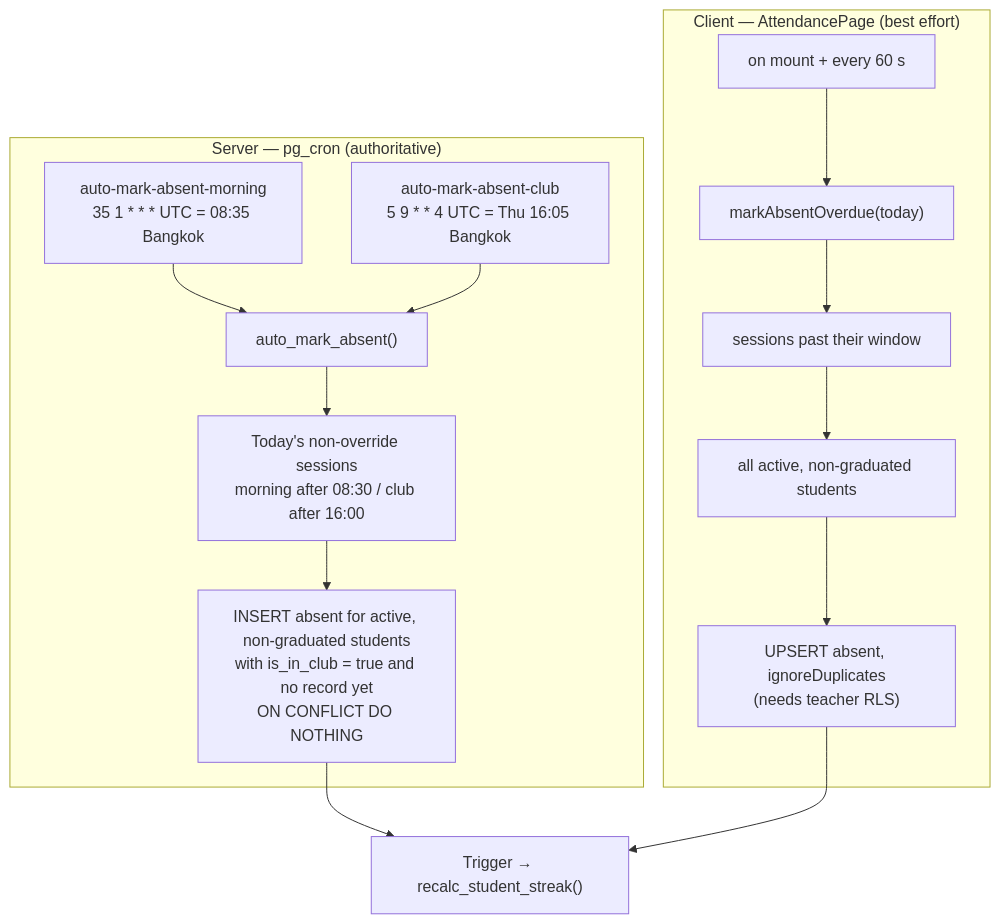
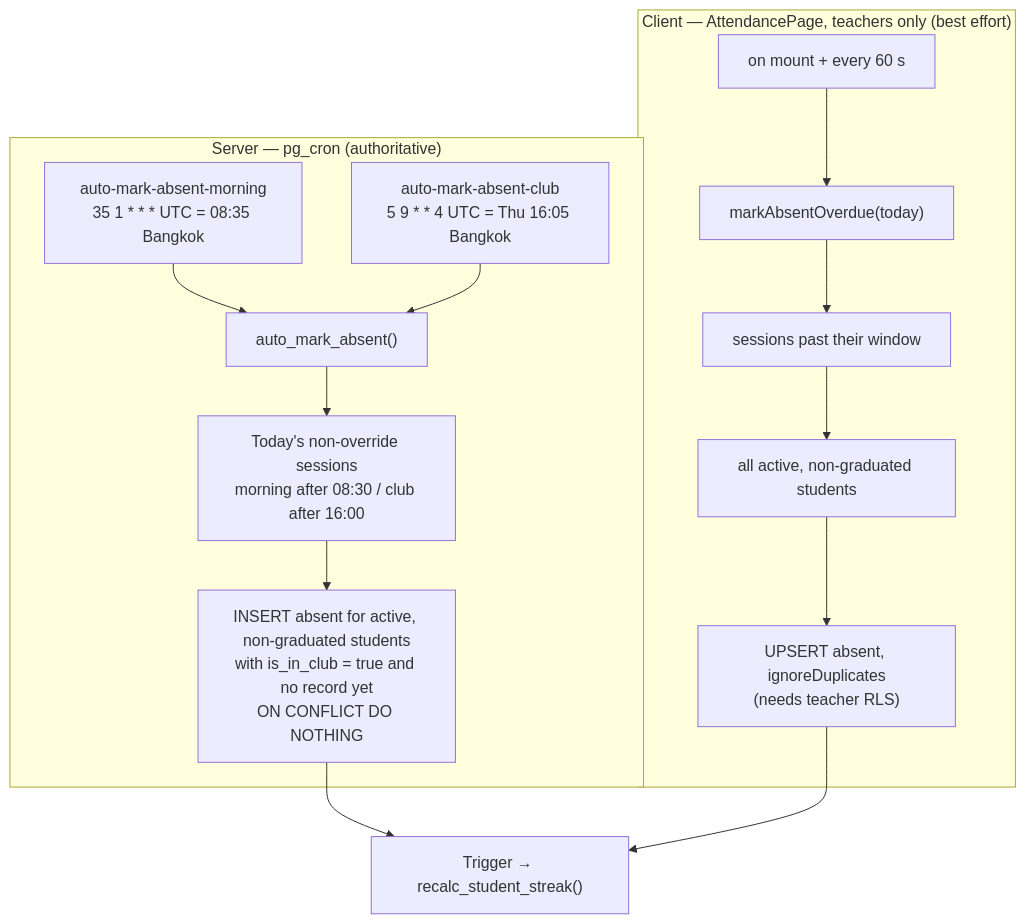
Before and after one commit to wachirawitraksa/marching-band-attendance: the eighth of 15 diagrams in README.md, drawn with Mermaid. The commit also changed other lines of this file and 1 other file, not shown here.

````diff
--- a/README.md
+++ b/README.md
@@ -362,19 +384,19 @@
 ```mermaid
 flowchart TD
     subgraph Server["Server — pg_cron (authoritative)"]
         C1["auto-mark-absent-morning<br/>35 1 * * * UTC = 08:35 Bangkok"] --> F["auto_mark_absent()"]
         C2["auto-mark-absent-club<br/>5 9 * * 4 UTC = Thu 16:05 Bangkok"] --> F
         F --> Q1["Today's non-override sessions<br/>morning after 08:30 / club after 16:00"]
         Q1 --> Ins["INSERT absent for active, non-graduated students<br/>with is_in_club = true and no record yet<br/>ON CONFLICT DO NOTHING"]
     end
 
-    subgraph Client["Client — AttendancePage (best effort)"]
+    subgraph Client["Client — AttendancePage, teachers only (best effort)"]
         Tm["on mount + every 60 s"] --> MA["markAbsentOverdue(today)"]
         MA --> Over["sessions past their window"]
         Over --> Stu["all active, non-graduated students"]
         Stu --> Ups["UPSERT absent, ignoreDuplicates<br/>(needs teacher RLS)"]
     end
 
     Ins --> TG["Trigger → recalc_student_streak()"]
     Ups --> TG
 ```
````
